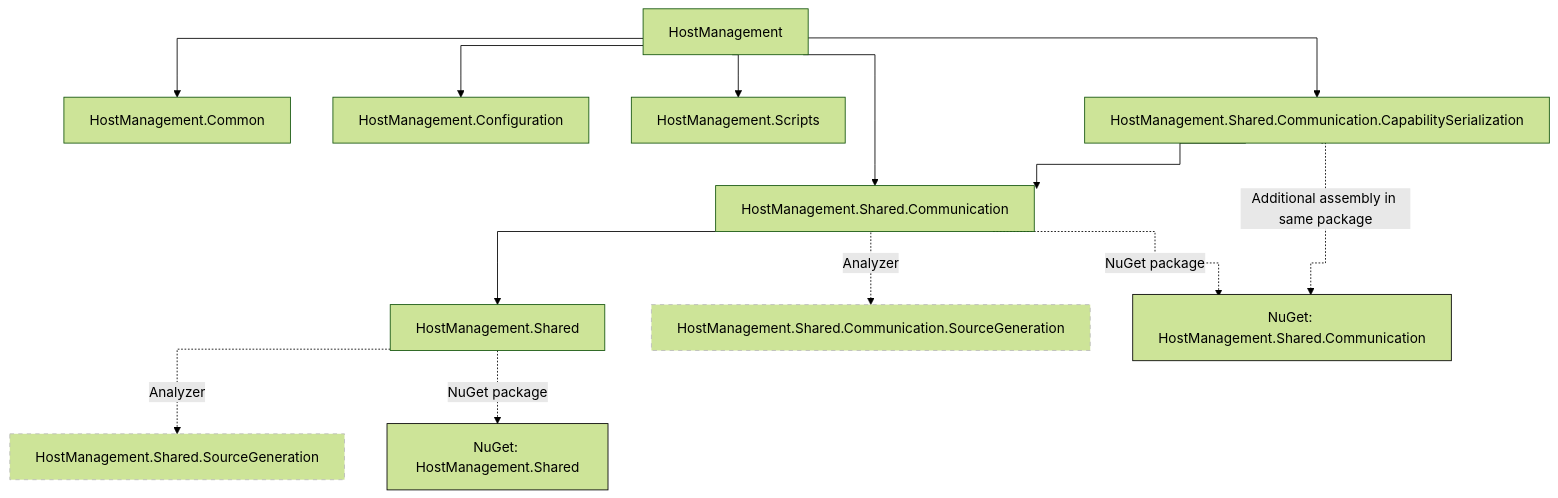
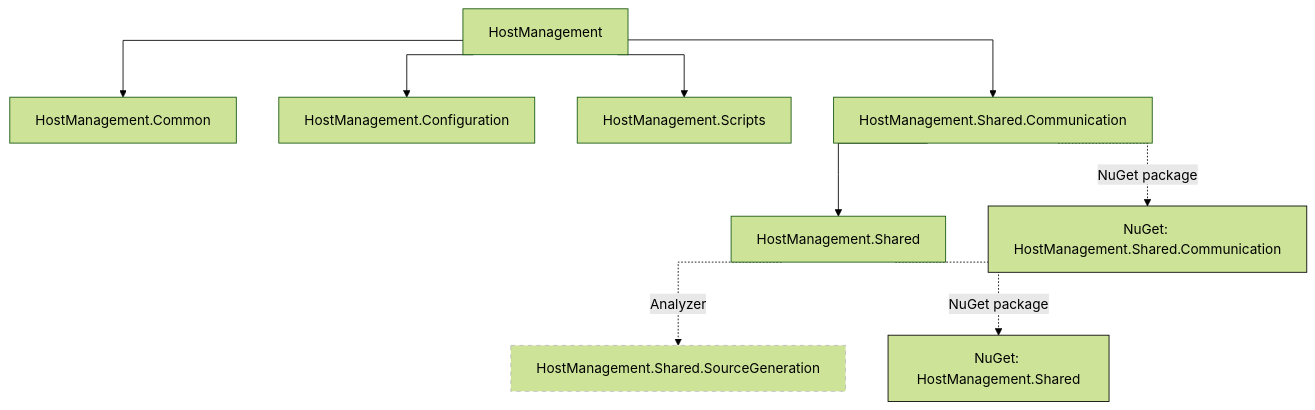
Before and after one commit to vicione-oss/vicione-os-hostmgmt: the diagram in README.md, drawn with Mermaid (forest theme). The commit also changed other lines of this file and 37 other files, not shown here.

````diff
--- a/README.md
+++ b/README.md
@@ -204,29 +204,25 @@
 ```mermaid
 
 %%{ init: { 'flowchart': { 'curve': 'stepAfter' } } }%%
 flowchart TD
 
   HostManagement --> HostManagementCommon["HostManagement.Common"]
   HostManagement --> HostManagementConfiguration["HostManagement.Configuration"]
   HostManagement --> HostManagementScripts["HostManagement.Scripts"]
   HostManagement --> HostManagementSharedCommunication["HostManagement.Shared.Communication"]
-  HostManagement --> HostManagementSharedCommunicationCapabilitySerialization["HostManagement.Shared.Communication.CapabilitySerialization"]
 
   HostManagementSharedCommunication --> HostManagementShared["HostManagement.Shared"]
-  HostManagementSharedCommunicationCapabilitySerialization --> HostManagementSharedCommunication
 
   %% Compile‑time dependencies (source generators)
   HostManagementShared -.->|Analyzer| HostManagementSharedSourceGeneration["HostManagement.Shared.SourceGeneration"]
-  HostManagementSharedCommunication -.->|Analyzer| HostManagementSharedCommunicationSourceGeneration["HostManagement.Shared.Communication.SourceGeneration"]
 
   %% NuGets
   HostManagementShared -.->|NuGet package| HostManagementSharedNuGet["NuGet: HostManagement.Shared"]
   HostManagementSharedCommunication -.->|NuGet package| HostManagementSharedCommunicationNuGet["NuGet: HostManagement.Shared.Communication"]
-  HostManagementSharedCommunicationCapabilitySerialization -.->|Additional assembly in same package| HostManagementSharedCommunicationNuGet
 
   classDef nuGet stroke:#000,stroke-width:1px
   class HostManagementSharedNuGet,HostManagementSharedCommunicationNuGet nuGet
 
   classDef generator stroke:#bbb,stroke-width:1px,stroke-dasharray: 5 5
-  class HostManagementSharedSourceGeneration,HostManagementSharedCommunicationSourceGeneration generator
+  class HostManagementSharedSourceGeneration generator
 ```
````
